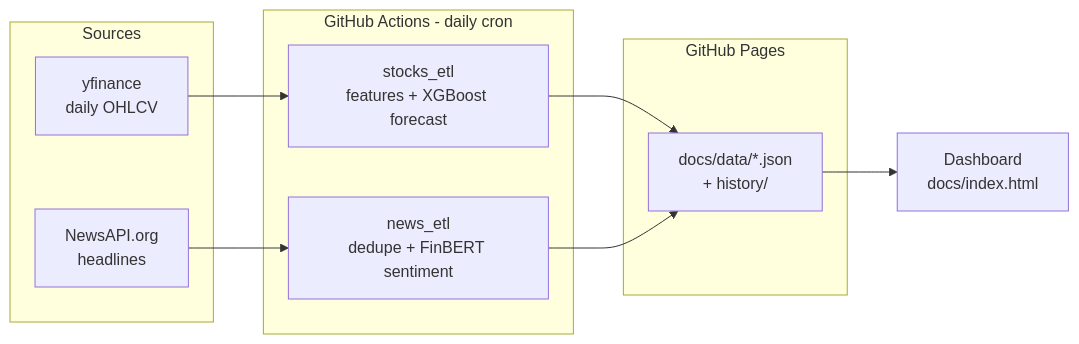
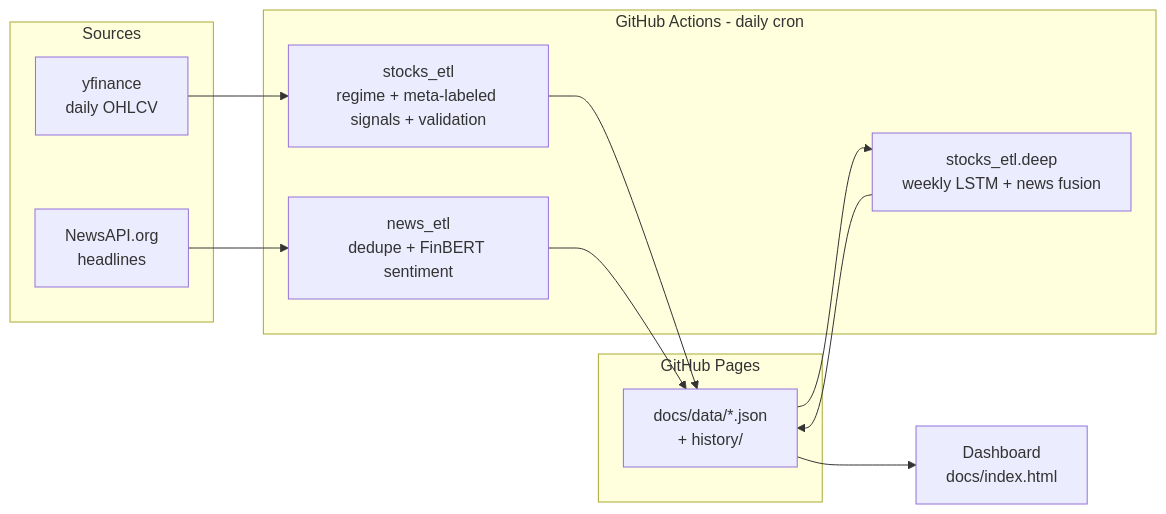
One commit to Pipe199x/StockSentinel changed the diagram in README.md. Above: the diagram before and after it, drawn with Mermaid. The commit also changed other lines of this file and 29 other files, not shown here.

First line of the commit message:
feat: regime-aware quant signals with honest validation

````diff
--- a/README.md
+++ b/README.md
@@ -16,19 +18,21 @@
 ```mermaid
 flowchart LR
     subgraph Sources
         YF[yfinance<br/>daily OHLCV]
         NA[NewsAPI.org<br/>headlines]
     end
     subgraph GitHub Actions - daily cron
-        SE[stocks_etl<br/>features + XGBoost forecast]
+        SE[stocks_etl<br/>regime + meta-labeled signals + validation]
+        DW[stocks_etl.deep<br/>weekly LSTM + news fusion]
         NE[news_etl<br/>dedupe + FinBERT sentiment]
     end
     subgraph GitHub Pages
         D[docs/data/*.json<br/>+ history/]
     end
     FE[Dashboard<br/>docs/index.html]
 
     YF --> SE --> D
     NA --> NE --> D
+    D --> DW --> D
     D --> FE
 ```
````
